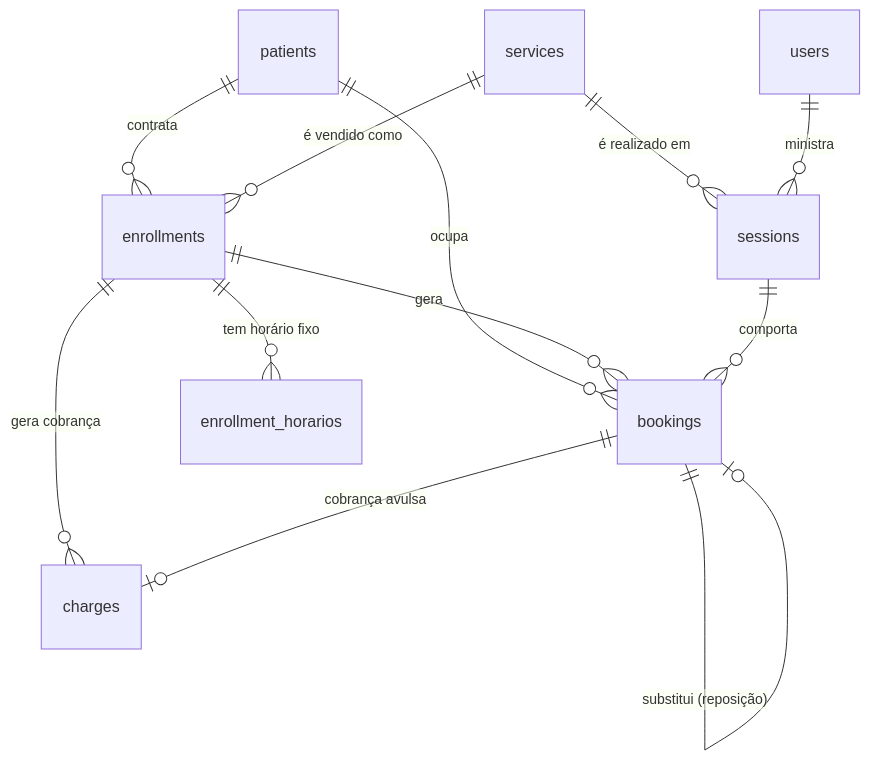
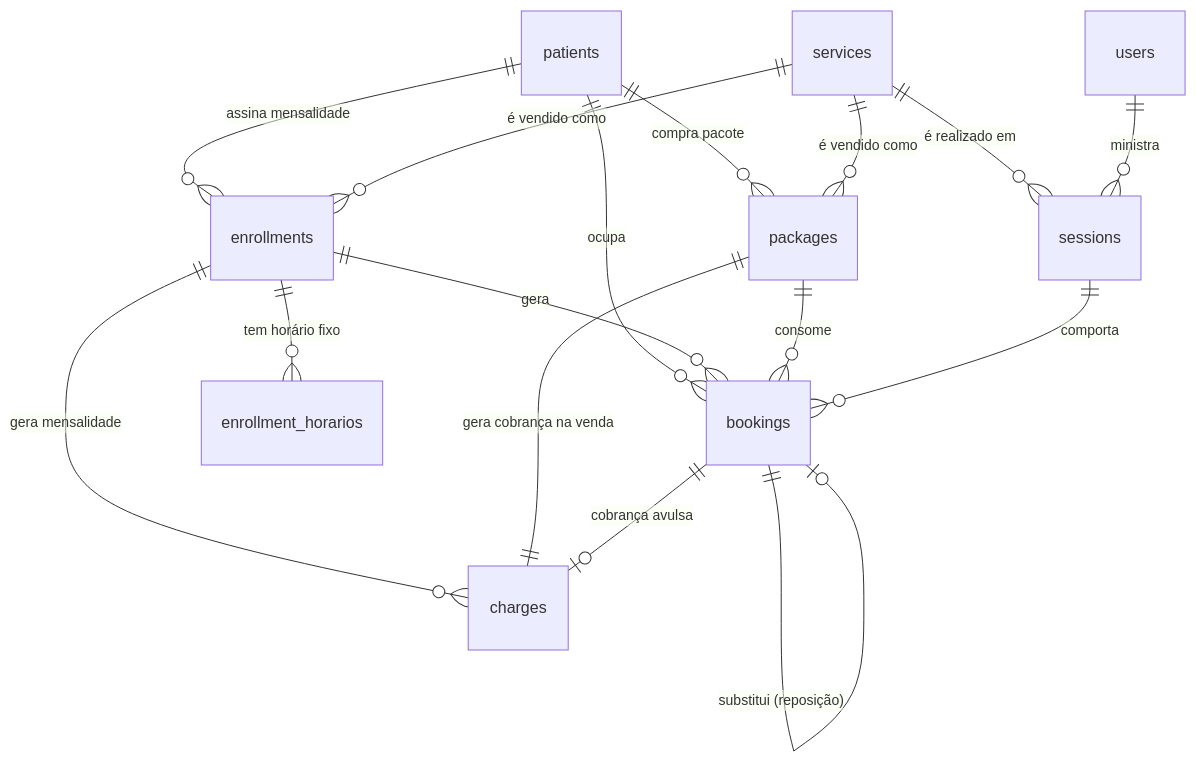
One commit to Ikeew/studio-keer changed the diagram in docs/modelo-de-dados.md. Above: the diagram before and after it, drawn with Mermaid. The commit also changed other lines of this file and 2 other files, not shown here.

````diff
--- a/docs/modelo-de-dados.md
+++ b/docs/modelo-de-dados.md
@@ -27,14 +30,18 @@
 ```mermaid
 erDiagram
-    patients ||--o{ enrollments : contrata
+    patients ||--o{ enrollments : "assina mensalidade"
+    patients ||--o{ packages : "compra pacote"
     patients ||--o{ bookings : ocupa
     services ||--o{ enrollments : "é vendido como"
+    services ||--o{ packages : "é vendido como"
     services ||--o{ sessions : "é realizado em"
     users ||--o{ sessions : ministra
     enrollments ||--o{ enrollment_horarios : "tem horário fixo"
     enrollments ||--o{ bookings : gera
-    enrollments ||--o{ charges : "gera cobrança"
+    enrollments ||--o{ charges : "gera mensalidade"
+    packages ||--o{ bookings : consome
+    packages ||--|| charges : "gera cobrança na venda"
     sessions ||--o{ bookings : comporta
     bookings ||--o| bookings : "substitui (reposição)"
     bookings ||--o| charges : "cobrança avulsa"
 ```
````
